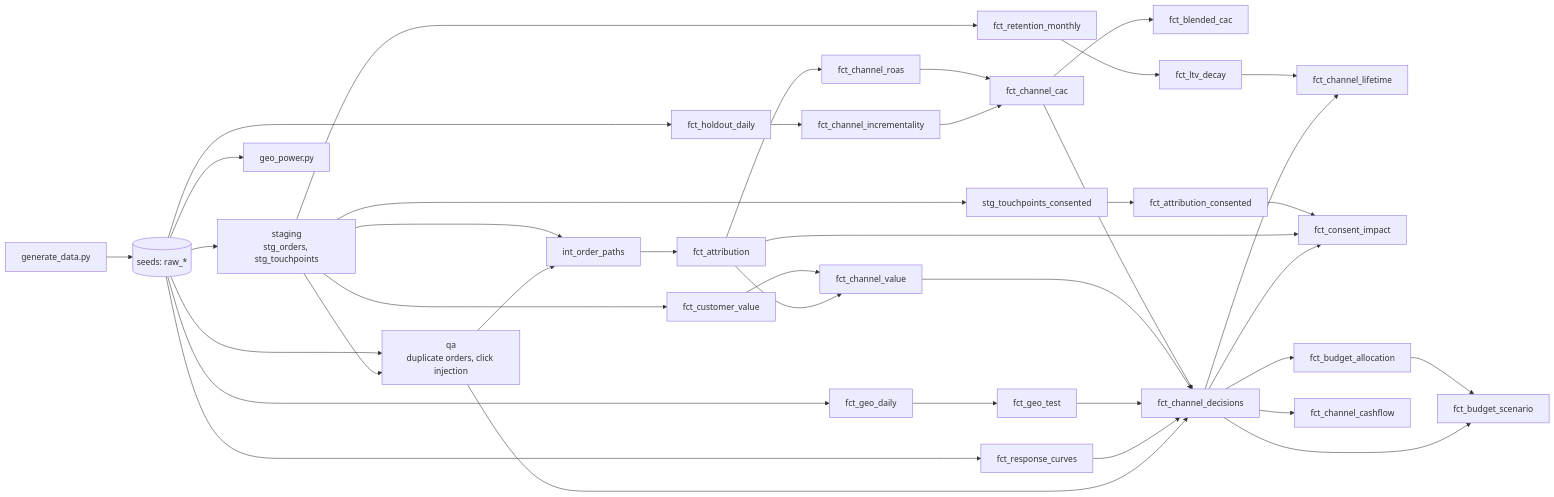
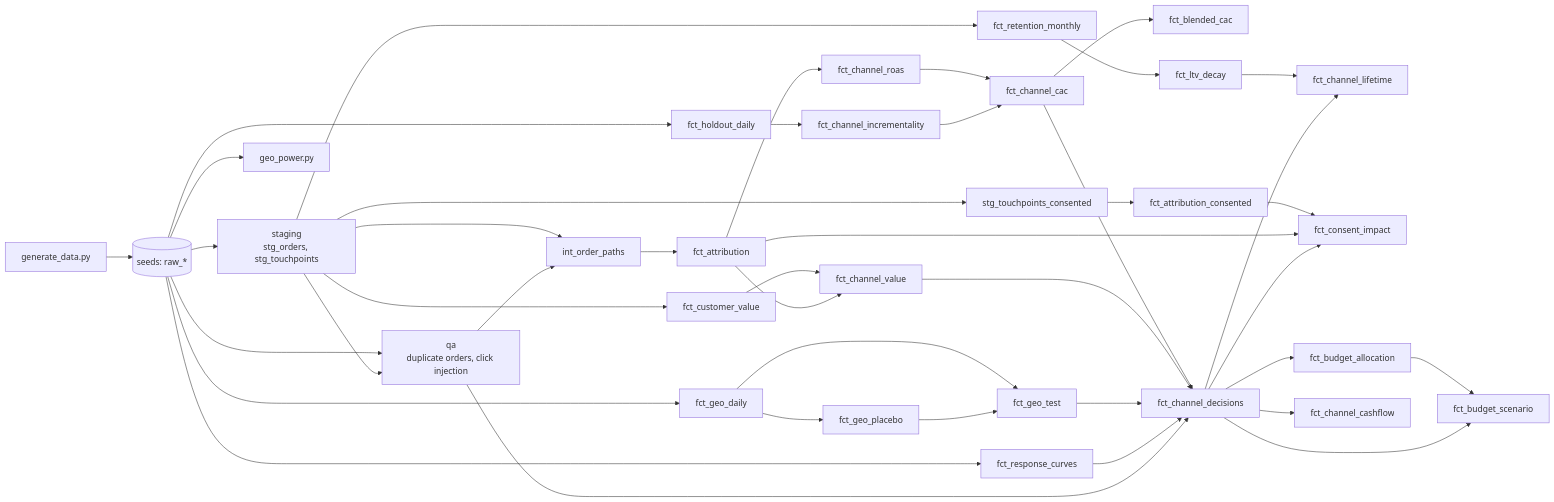
Before and after one commit to predkiewicz/marketing-measurement-lab: the diagram in README.md, drawn with Mermaid. The commit also changed other lines of this file and 6 other files, not shown here.

````diff
--- a/README.md
+++ b/README.md
@@ -46,31 +46,32 @@
 ```mermaid
 flowchart LR
     gen[generate_data.py] --> raw[("seeds: raw_*")]
     raw --> stg[staging<br/>stg_orders, stg_touchpoints]
     raw --> qa[qa<br/>duplicate orders, click injection]
     stg --> qa
     stg --> paths[int_order_paths]
     qa --> paths
     paths --> attr[fct_attribution] --> roas[fct_channel_roas]
     raw --> hold[fct_holdout_daily] --> incr[fct_channel_incrementality]
     raw --> curves[fct_response_curves]
     roas --> cac[fct_channel_cac]
     incr --> cac --> blended[fct_blended_cac]
     stg --> value[fct_customer_value] --> chval[fct_channel_value]
     stg --> ret[fct_retention_monthly] --> decay[fct_ltv_decay] --> life[fct_channel_lifetime]
     dec --> life
     attr --> chval
     raw --> geo[fct_geo_daily] --> geotest[fct_geo_test]
+    geo --> placebo[fct_geo_placebo] --> geotest
     cac --> dec[fct_channel_decisions]
     chval --> dec
     geotest --> dec
     curves --> dec
     qa --> dec
     stg --> cons[stg_touchpoints_consented] --> attrc[fct_attribution_consented] --> consent[fct_consent_impact]
     attr --> consent
     dec --> consent
     dec --> alloc[fct_budget_allocation] --> plan[fct_budget_scenario]
     dec --> plan
     dec --> cash[fct_channel_cashflow]
     raw --> power[geo_power.py]
 ```
````
